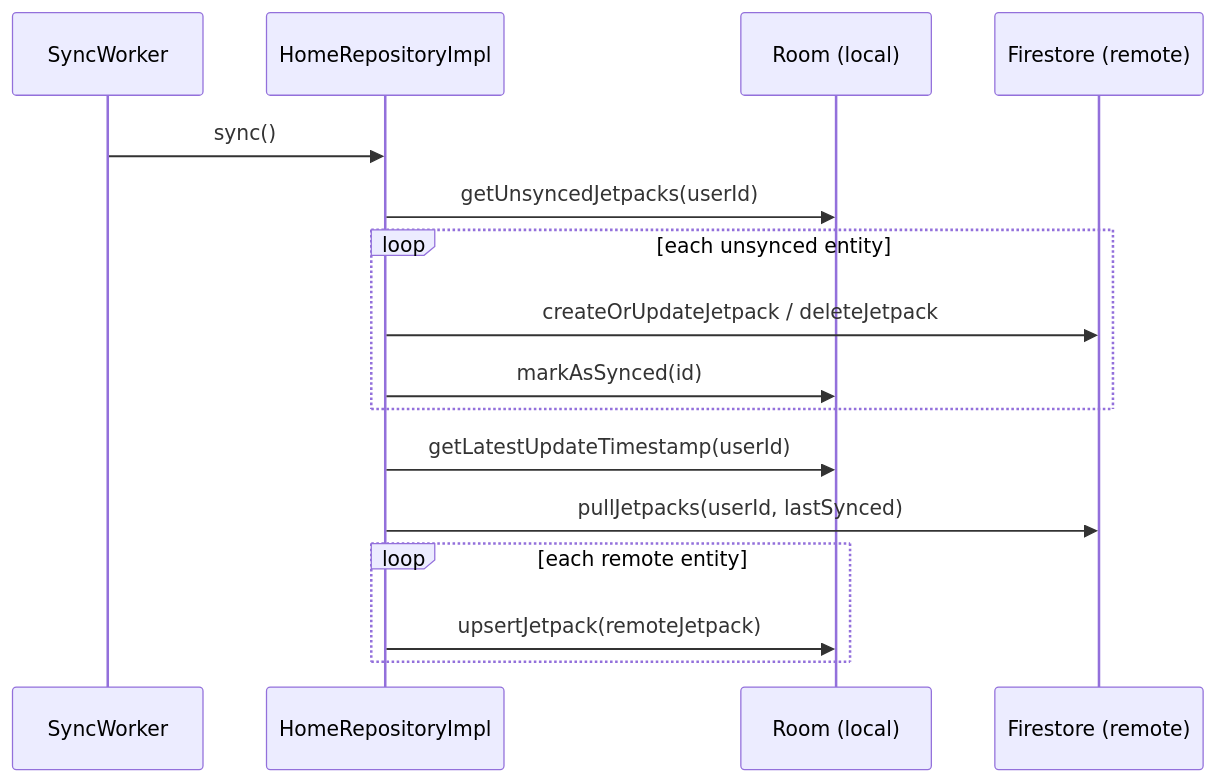
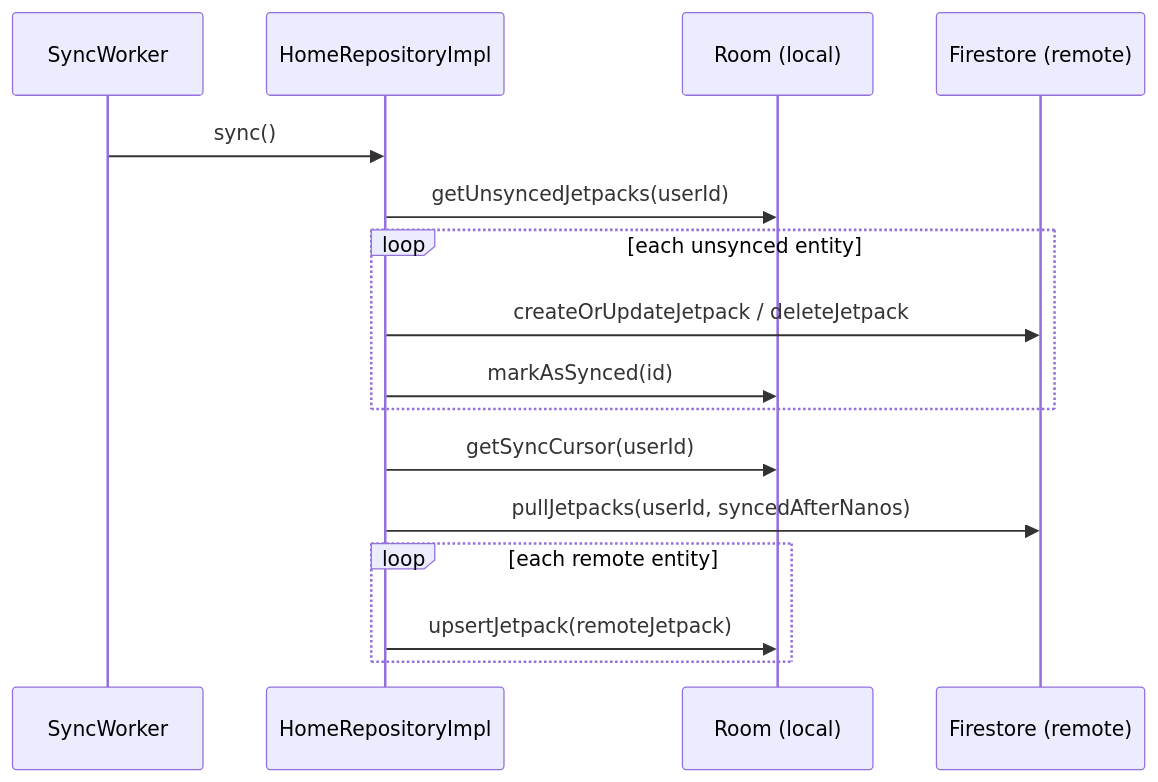
The diagram in docs/data.md (atick-faisal/Jetpack-Android-Starter), drawn with Mermaid before and after one commit. The commit also changed other lines of this file and 18 other files, not shown here.

````diff
--- a/docs/data.md
+++ b/docs/data.md
@@ -261,19 +286,19 @@
 ```mermaid
 sequenceDiagram
     participant W as SyncWorker
     participant R as HomeRepositoryImpl
     participant L as Room (local)
     participant F as Firestore (remote)
 
     W->>R: sync()
     R->>L: getUnsyncedJetpacks(userId)
     loop each unsynced entity
         R->>F: createOrUpdateJetpack / deleteJetpack
         R->>L: markAsSynced(id)
     end
-    R->>L: getLatestUpdateTimestamp(userId)
-    R->>F: pullJetpacks(userId, lastSynced)
+    R->>L: getSyncCursor(userId)
+    R->>F: pullJetpacks(userId, syncedAfterNanos)
     loop each remote entity
         R->>L: upsertJetpack(remoteJetpack)
     end
 ```
````
